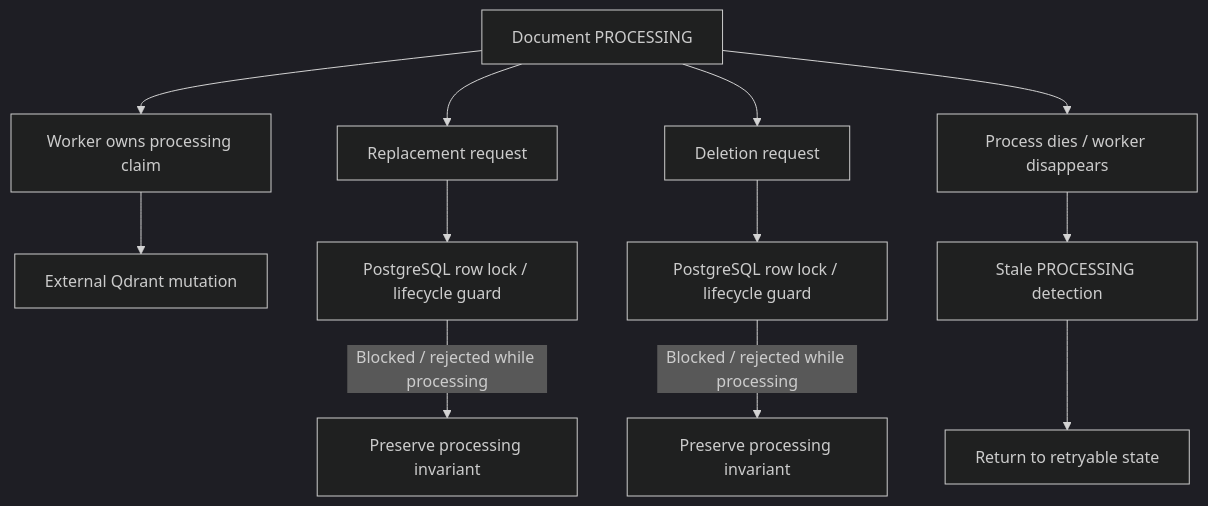
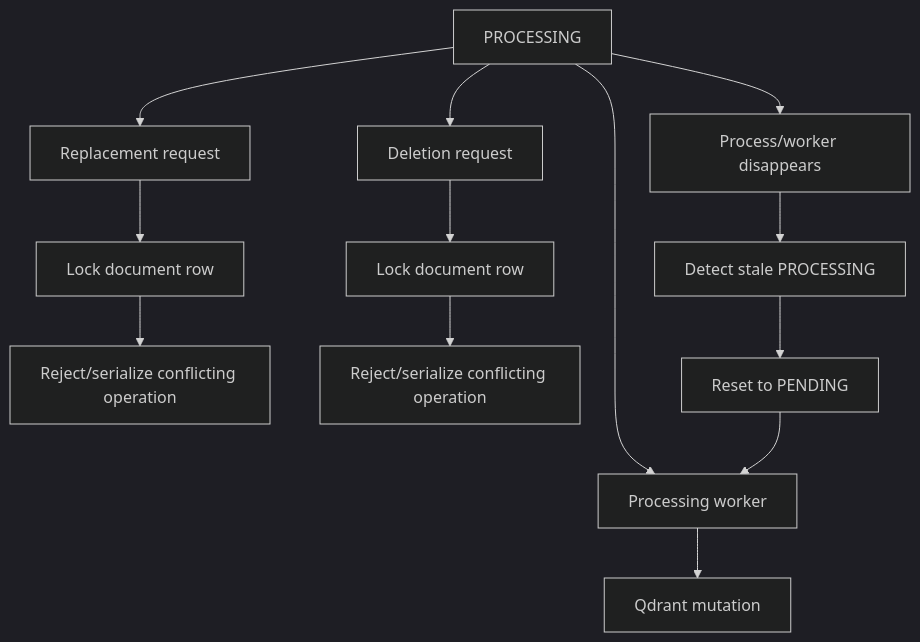
Before and after one commit to Sujeet-Kona/NEXORA: the seventh of 8 diagrams in README.md, drawn with Mermaid (dark theme). The commit also changed other lines of this file, not shown here.

````diff
--- a/README.md
+++ b/README.md
@@ -264,18 +367,18 @@
 ```mermaid
 flowchart TD
-    P[Document PROCESSING] --> R1[Worker owns processing claim]
-    R1 --> QD[External Qdrant mutation]
+    P[PROCESSING] --> WORKER[Processing worker]
+    WORKER --> Q[Qdrant mutation]
 
-    P --> REPLACE[Replacement request]
-    P --> DELETE[Deletion request]
+    P --> REP[Replacement request]
+    P --> DEL[Deletion request]
 
-    REPLACE --> LOCK1[PostgreSQL row lock / lifecycle guard]
-    DELETE --> LOCK2[PostgreSQL row lock / lifecycle guard]
+    REP --> LOCK1[Lock document row]
+    DEL --> LOCK2[Lock document row]
+    LOCK1 --> GUARD1[Reject/serialize conflicting operation]
+    LOCK2 --> GUARD2[Reject/serialize conflicting operation]
 
-    LOCK1 -->|Blocked / rejected while processing| SAFE1[Preserve processing invariant]
-    LOCK2 -->|Blocked / rejected while processing| SAFE2[Preserve processing invariant]
-
-    P --> DEAD[Process dies / worker disappears]
-    DEAD --> STALE[Stale PROCESSING detection]
-    STALE --> RESET[Return to retryable state]
+    P --> CRASH[Process/worker disappears]
+    CRASH --> STALE[Detect stale PROCESSING]
+    STALE --> RESET[Reset to PENDING]
+    RESET --> WORKER
 ```
````
